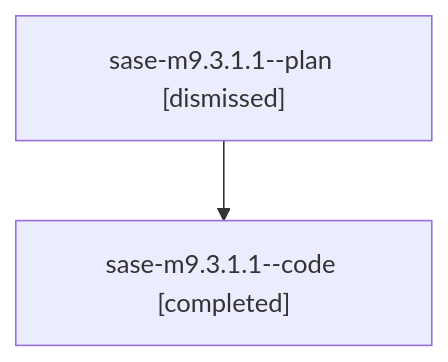
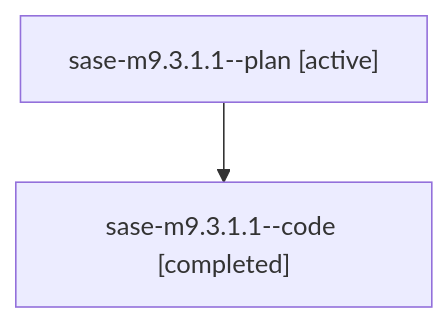
One commit to sase-org/sase--agents changed the diagram in families/bbugyi200.athena.sase-m9.3.1.1.md. Above: the diagram before and after it, drawn with Mermaid. The commit also changed other lines of this file and 35830 other files, not shown here.

````diff
--- a/families/bbugyi200.athena.sase-m9.3.1.1.md
+++ b/families/bbugyi200.athena.sase-m9.3.1.1.md
@@ -9,6 +9,6 @@
 ```mermaid
 flowchart TD
-  n0["sase-m9.3.1.1--plan [dismissed]"]
+  n0["sase-m9.3.1.1--plan [active]"]
   n1["sase-m9.3.1.1--code [completed]"]
   n0 --> n1
 ```
````
